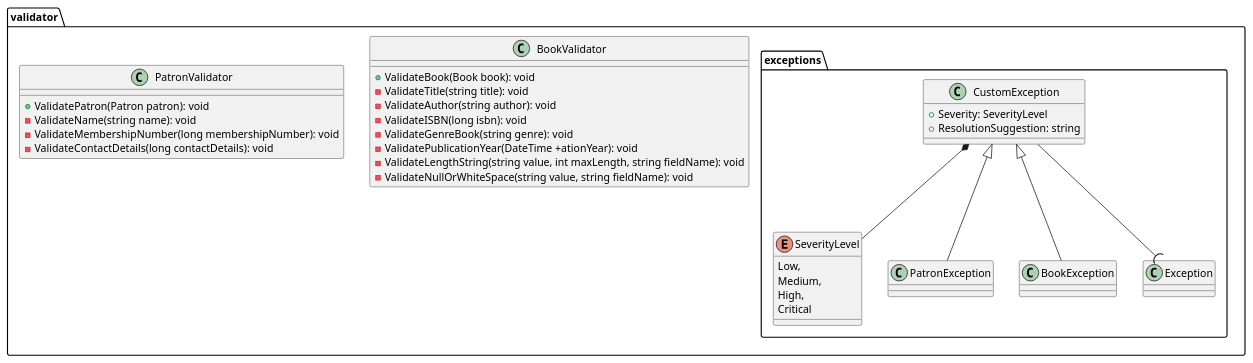
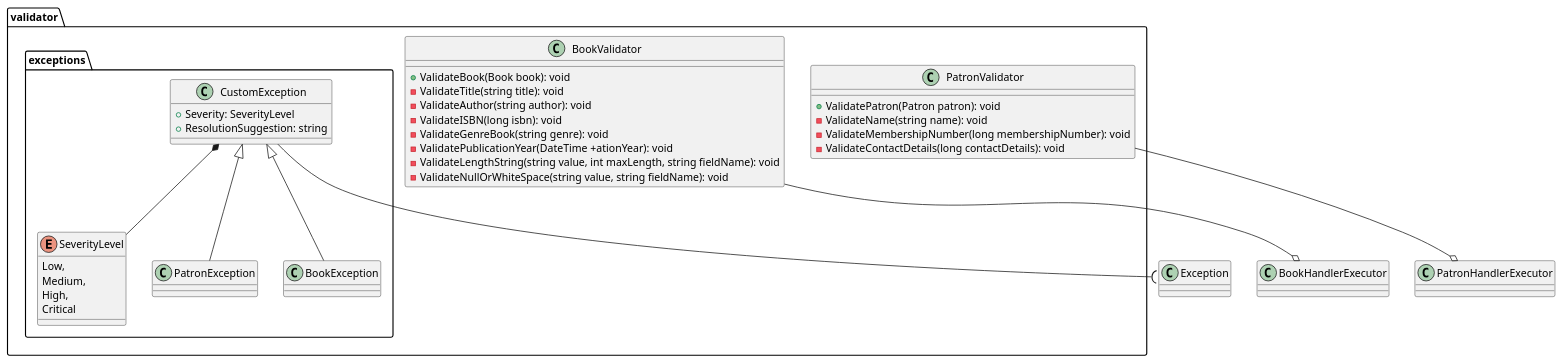
Before and after one commit to programacion-6/Opcion1LosBorbotones: the diagram in system-design/class-diagram/domain/validator.puml, drawn with PlantUML. The commit also changed 10 other files, not shown here.

```diff
--- a/system-design/class-diagram/domain/validator.puml
+++ b/system-design/class-diagram/domain/validator.puml
@@ -1,39 +1,43 @@
 @startuml
 package validator {
     package exceptions {
         enum SeverityLevel {
             Low,
             Medium,
             High,
             Critical
         }
 
         class CustomException {
             + Severity: SeverityLevel
             + ResolutionSuggestion: string
         }
         CustomException <|-- PatronException
         CustomException <|-- BookException
-        CustomException --( Exception
         CustomException *-- SeverityLevel
     }
 
     class BookValidator {
         + ValidateBook(Book book): void
         - ValidateTitle(string title): void
         - ValidateAuthor(string author): void
         - ValidateISBN(long isbn): void
         - ValidateGenreBook(string genre): void
         - ValidatePublicationYear(DateTime +ationYear): void
         - ValidateLengthString(string value, int maxLength, string fieldName): void
         - ValidateNullOrWhiteSpace(string value, string fieldName): void
     }
 
     class PatronValidator {
         + ValidatePatron(Patron patron): void
         - ValidateName(string name): void
         - ValidateMembershipNumber(long membershipNumber): void
         - ValidateContactDetails(long contactDetails): void
     }
+
 }
+
+BookValidator --o BookHandlerExecutor
+PatronValidator --o PatronHandlerExecutor
+CustomException --( Exception
 @enduml
```
